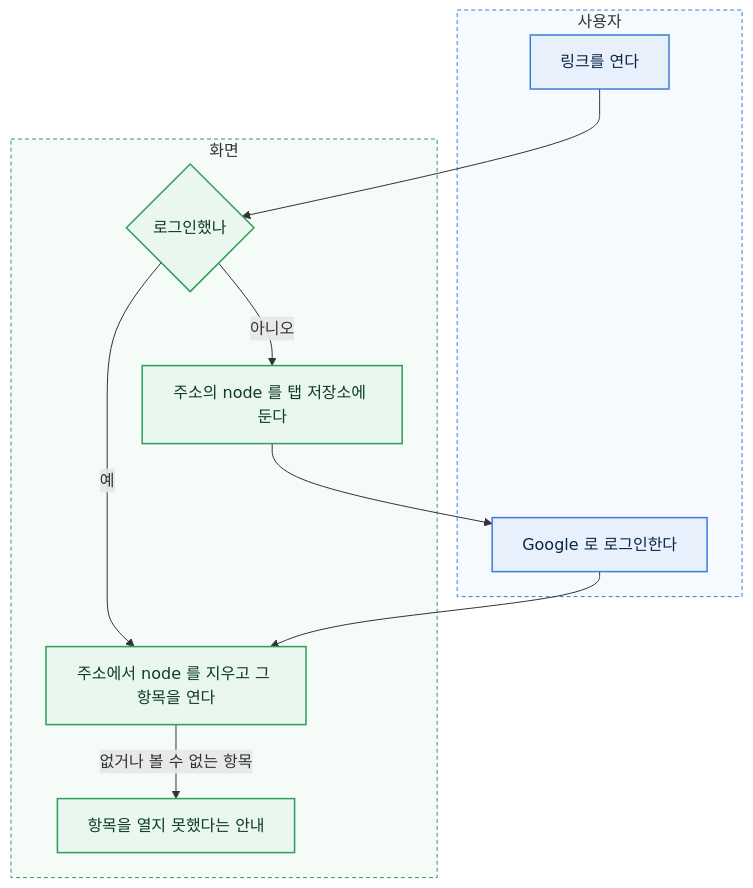
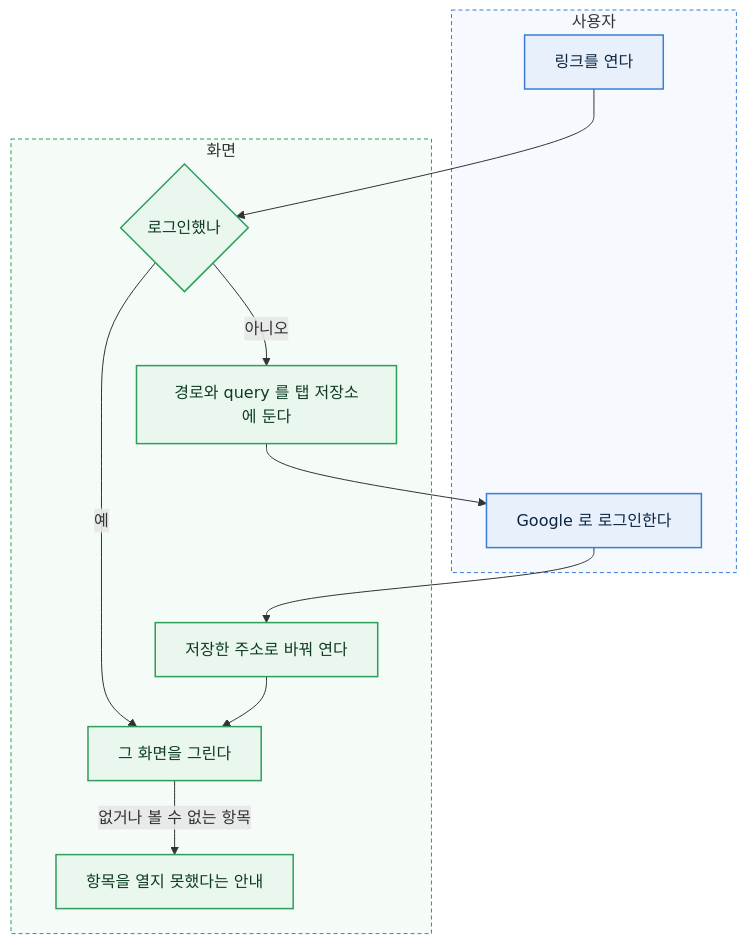
The third of 10 diagrams in financial-workbench/docs/flow.md (jon890/fos-graphrag), drawn with Mermaid before and after one commit. The commit also changed other lines of this file and 3 other files, not shown here.

First line of the commit message:
docs(workbench): 화면 상태를 경로와 query 로 주소에 두고 뒤로가기 단위를 정한다

````diff
--- a/financial-workbench/docs/flow.md
+++ b/financial-workbench/docs/flow.md
@@ -35,24 +90,25 @@
 ```mermaid
 %%{init: {"theme":"base","themeVariables":{"fontFamily":"'Noto Sans KR', sans-serif","fontSize":"14px","lineColor":"#7A8594","primaryTextColor":"#1D1F23","edgeLabelBackground":"#FFFFFF","clusterBkg":"#FAFAFA"},"flowchart":{"curve":"basis","nodeSpacing":40,"rankSpacing":60,"padding":14}}}%%
 flowchart TD
   subgraph 사용자
     U1[링크를 연다]
     U2[Google 로 로그인한다]
   end
   subgraph 화면
     Q{로그인했나}
-    S[주소의 node 를 탭 저장소에 둔다]
-    O[주소에서 node 를 지우고 그 항목을 연다]
+    S[경로와 query 를 탭 저장소에 둔다]
+    R[저장한 주소로 바꿔 연다]
+    O[그 화면을 그린다]
     E[항목을 열지 못했다는 안내]
   end
   U1 --> Q
   Q -- 예 --> O
-  Q -- 아니오 --> S --> U2 --> O
+  Q -- 아니오 --> S --> U2 --> R --> O
   O -- 없거나 볼 수 없는 항목 --> E
   classDef c1 fill:#E8F1FB,stroke:#3B7DD8,stroke-width:1.5px,color:#0B2545
   classDef c2 fill:#E9F7EF,stroke:#2E9E5B,stroke-width:1.5px,color:#0E3B22
   class U1,U2 c1
-  class Q,S,O,E c2
+  class Q,S,R,O,E c2
   style 사용자 fill:#F6FAFE,stroke:#3B7DD8,stroke-dasharray:4 3
   style 화면 fill:#F5FBF7,stroke:#2E9E5B,stroke-dasharray:4 3
 ```
````
